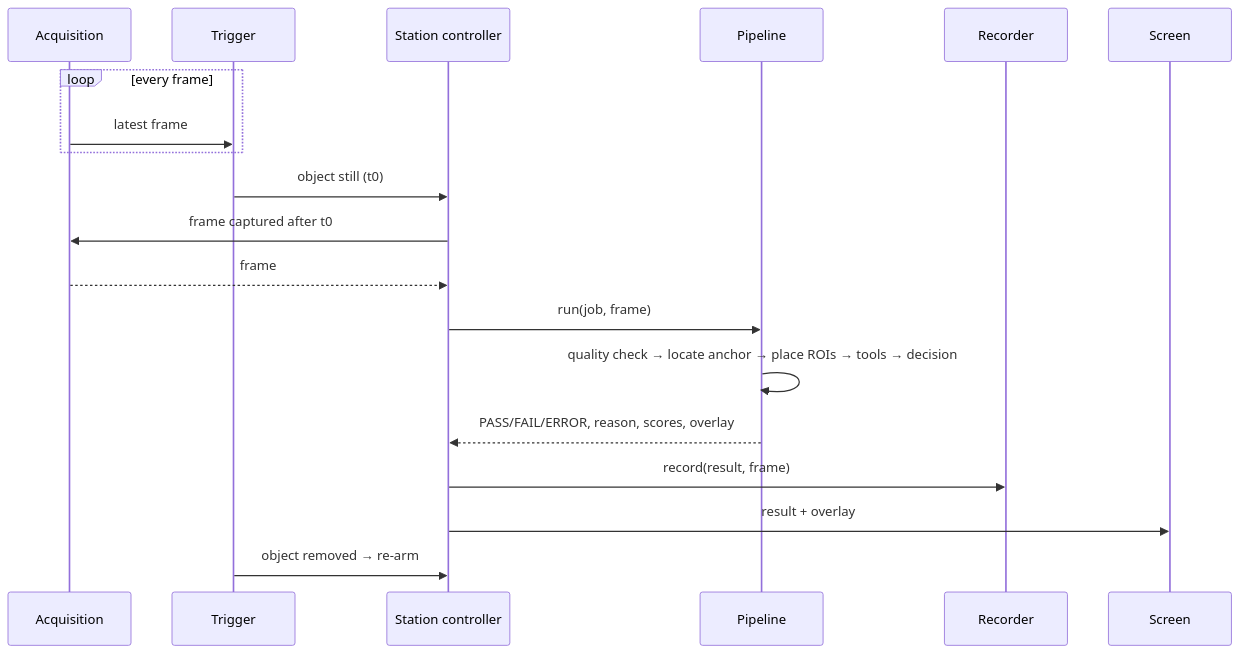
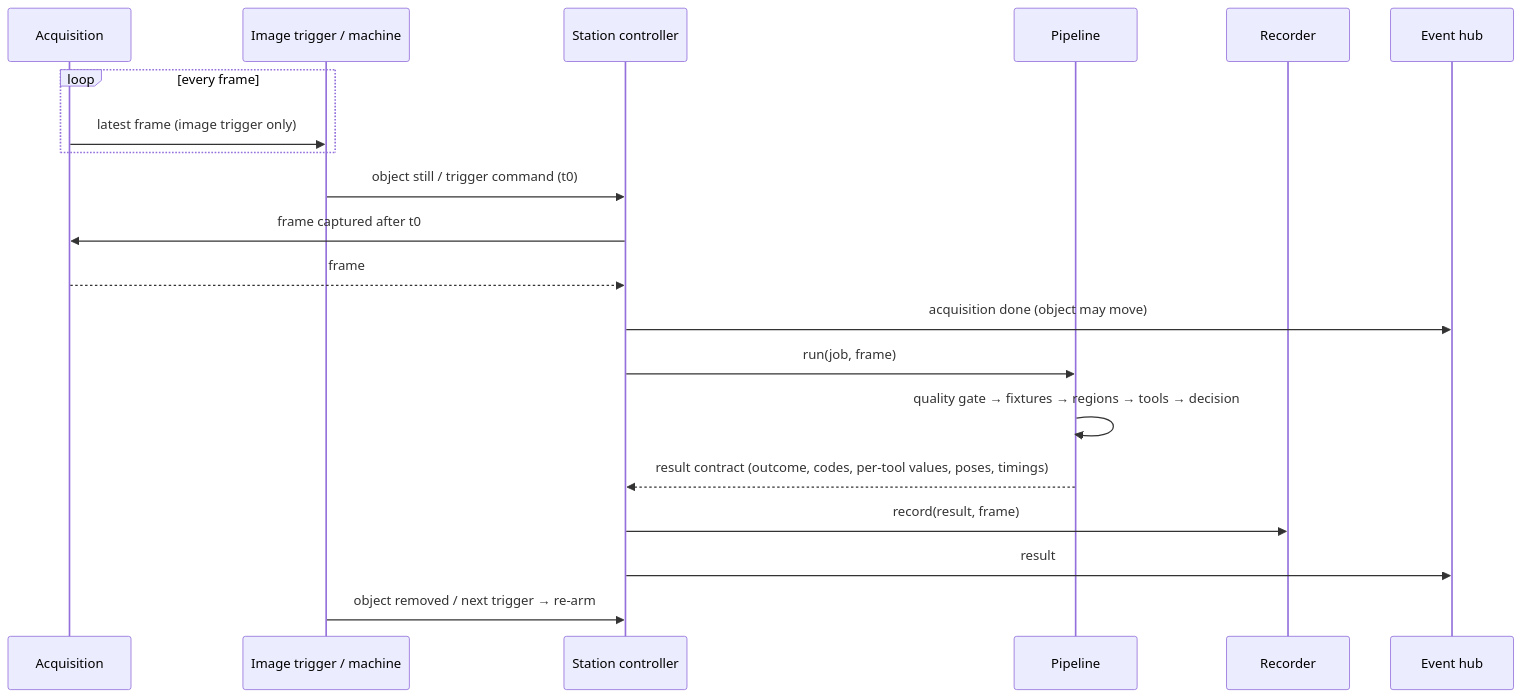
One commit to LucasSiedschlag/vision-station changed the fourth of 7 diagrams in docs/architecture.md. Above: the diagram before and after it, drawn with Mermaid. The commit also changed other lines of this file and 9 other files, not shown here.

````diff
--- a/docs/architecture.md
+++ b/docs/architecture.md
@@ -381,21 +459,22 @@
 ```mermaid
 sequenceDiagram
     participant ACQ as Acquisition
-    participant TRG as Trigger
+    participant TRG as Image trigger / machine
     participant SC as Station controller
     participant P as Pipeline
     participant R as Recorder
-    participant UI as Screen
+    participant H as Event hub
     loop every frame
-        ACQ->>TRG: latest frame
+        ACQ->>TRG: latest frame (image trigger only)
     end
-    TRG->>SC: object still (t0)
+    TRG->>SC: object still / trigger command (t0)
     SC->>ACQ: frame captured after t0
     ACQ-->>SC: frame
+    SC->>H: acquisition done (object may move)
     SC->>P: run(job, frame)
-    P->>P: quality check → locate anchor → place ROIs → tools → decision
-    P-->>SC: PASS/FAIL/ERROR, reason, scores, overlay
+    P->>P: quality gate → fixtures → regions → tools → decision
+    P-->>SC: result contract (outcome, codes, per-tool values, poses, timings)
     SC->>R: record(result, frame)
-    SC->>UI: result + overlay
-    TRG->>SC: object removed → re-arm
+    SC->>H: result
+    TRG->>SC: object removed / next trigger → re-arm
 ```
````
